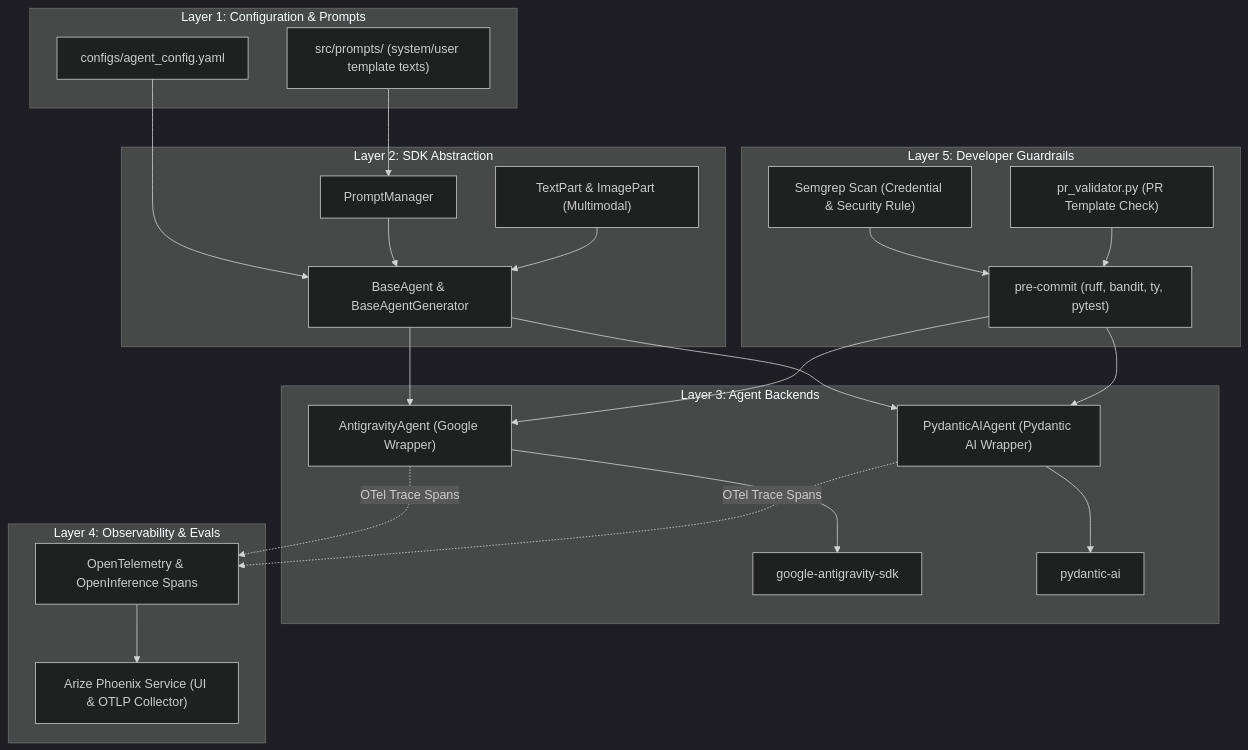
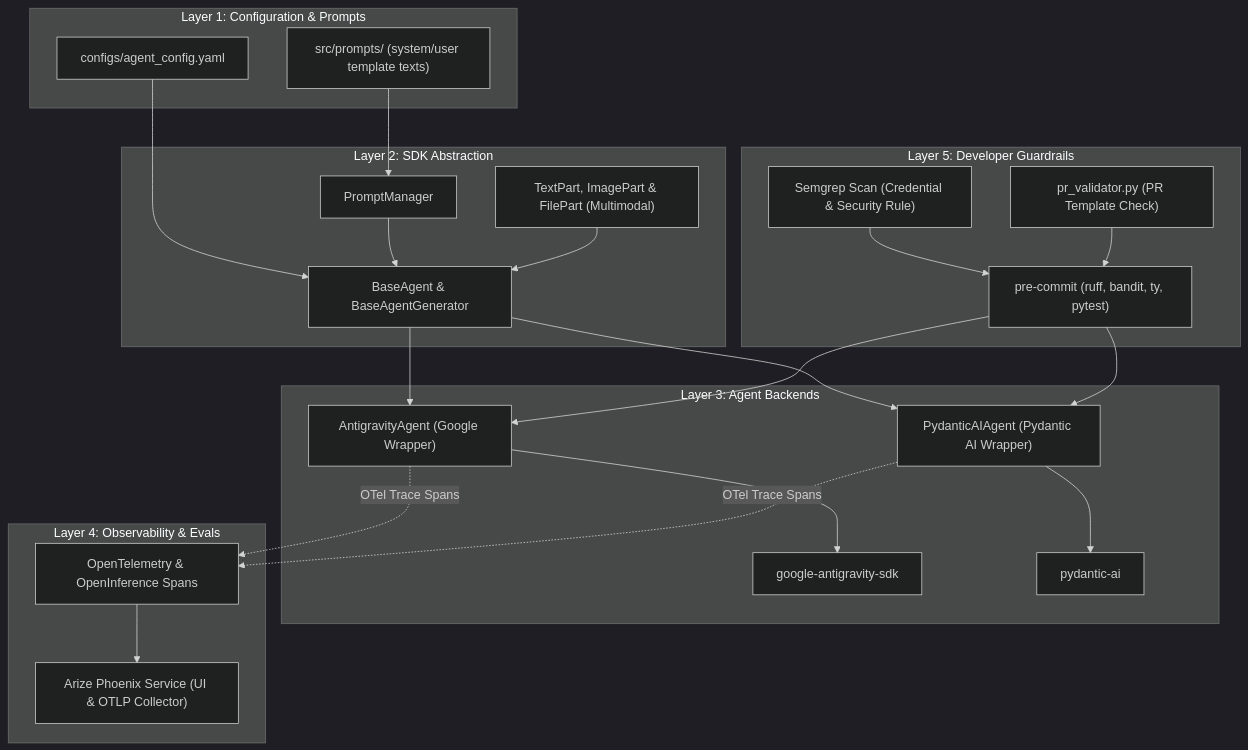
One commit to fortis3000/agentic_template changed the first of 4 diagrams in docs/diagrams.md. Above: the diagram before and after it, drawn with Mermaid (dark theme). The commit also changed other lines of this file and 16 other files, not shown here.

````diff
--- a/docs/diagrams.md
+++ b/docs/diagrams.md
@@ -11,48 +11,48 @@
 ```mermaid
 graph TD
     subgraph Layer1["Layer 1: Configuration & Prompts"]
         A["configs/agent_config.yaml"]
         B["src/prompts/ (system/user template texts)"]
     end
 
     subgraph Layer2["Layer 2: SDK Abstraction"]
         C["BaseAgent & BaseAgentGenerator"]
         D["PromptManager"]
-        E["TextPart & ImagePart (Multimodal)"]
+        E["TextPart, ImagePart & FilePart (Multimodal)"]
     end
 
     subgraph Layer3["Layer 3: Agent Backends"]
         F["AntigravityAgent (Google Wrapper)"]
         G["PydanticAIAgent (Pydantic AI Wrapper)"]
         H["google-antigravity-sdk"]
         I["pydantic-ai"]
     end
 
     subgraph Layer4["Layer 4: Observability & Evals"]
         J["OpenTelemetry & OpenInference Spans"]
         K["Arize Phoenix Service (UI & OTLP Collector)"]
     end
 
     subgraph Layer5["Layer 5: Developer Guardrails"]
         L["pre-commit (ruff, bandit, ty, pytest)"]
         M["Semgrep Scan (Credential & Security Rule)"]
         N["pr_validator.py (PR Template Check)"]
     end
 
     %% Relations
     A --> C
     B --> D
     D --> C
     E --> C
     C --> F
     C --> G
     F --> H
     G --> I
     F -.->|OTel Trace Spans| J
     G -.->|OTel Trace Spans| J
     J --> K
     L --> F
     L --> G
     M --> L
     N --> L
 ```
````
